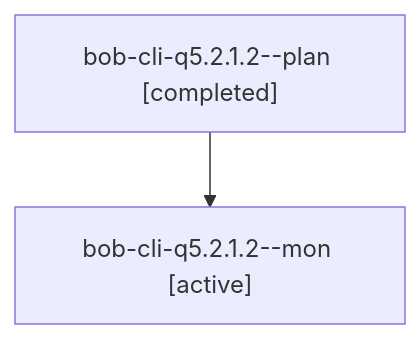
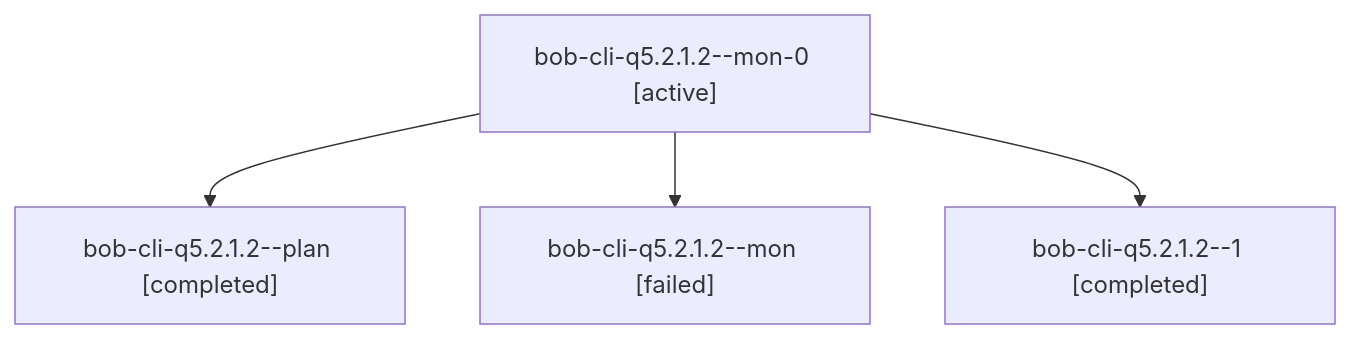
One commit to bobs-org/bob-cli--agents changed the diagram in sessions/bbugyi200.athena.bob-cli-q5.2.1.2.md. Above: the diagram before and after it, drawn with Mermaid. The commit also changed other lines of this file and 75 other files, not shown here.

````diff
--- a/sessions/bbugyi200.athena.bob-cli-q5.2.1.2.md
+++ b/sessions/bbugyi200.athena.bob-cli-q5.2.1.2.md
@@ -9,6 +9,10 @@
 ```mermaid
 flowchart TD
-  n0["bob-cli-q5.2.1.2--plan [completed]"]
-  n1["bob-cli-q5.2.1.2--mon [active]"]
+  n0["bob-cli-q5.2.1.2--mon-0 [active]"]
+  n1["bob-cli-q5.2.1.2--plan [completed]"]
   n0 --> n1
+  n2["bob-cli-q5.2.1.2--mon [failed]"]
+  n0 --> n2
+  n3["bob-cli-q5.2.1.2--1 [completed]"]
+  n0 --> n3
 ```
````
